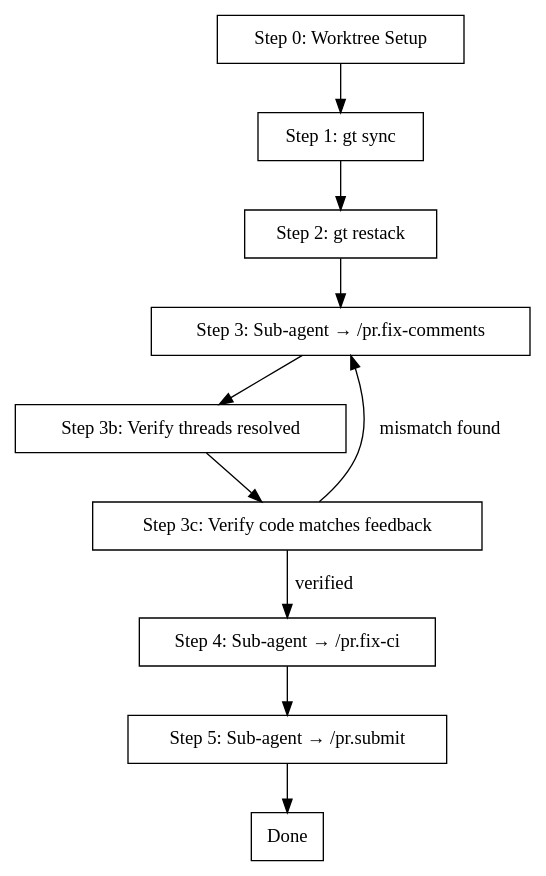
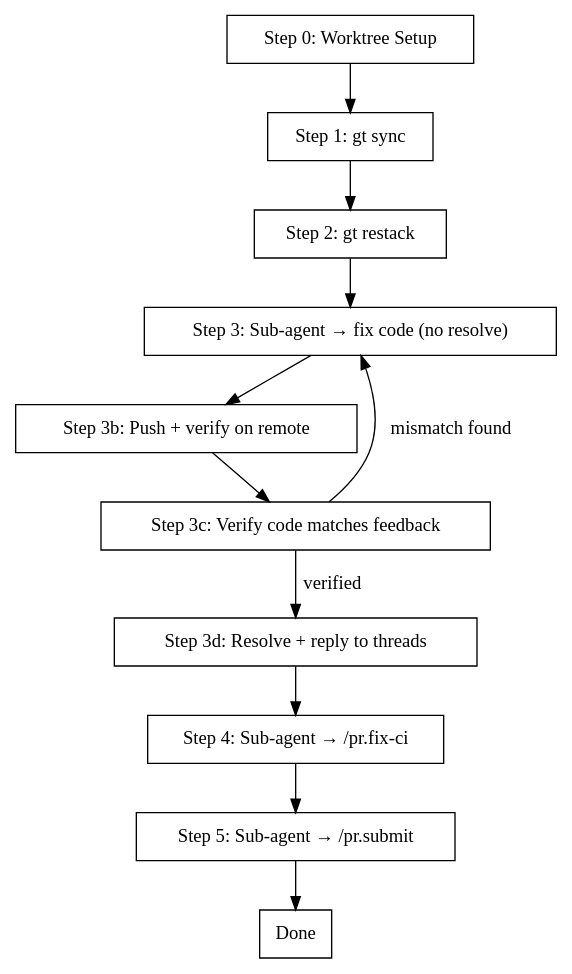
One commit to relh/metta changed the diagram in skills/pr.fix-branch/SKILL.md. Above: the diagram before and after it, drawn with Graphviz. The commit also changed other lines of this file and 2 other files, not shown here.

First line of the commit message:
feat(skills): verify push and code correctness before resolving PR comments (#6617)

````diff
--- a/skills/pr.fix-branch/SKILL.md
+++ b/skills/pr.fix-branch/SKILL.md
@@ -34,21 +34,22 @@
 ```dot
 digraph fix_branch {
   rankdir=TB;
   node [shape=box];
 
   worktree [label="Step 0: Worktree Setup"];
   sync [label="Step 1: gt sync"];
   restack [label="Step 2: gt restack"];
-  fix_comments [label="Step 3: Sub-agent → /pr.fix-comments"];
-  verify_threads [label="Step 3b: Verify threads resolved"];
+  fix_comments [label="Step 3: Sub-agent → fix code (no resolve)"];
+  push_verify [label="Step 3b: Push + verify on remote"];
   verify_code [label="Step 3c: Verify code matches feedback"];
+  resolve [label="Step 3d: Resolve + reply to threads"];
   fix_ci [label="Step 4: Sub-agent → /pr.fix-ci"];
-  push [label="Step 5: Sub-agent → /pr.submit"];
+  submit [label="Step 5: Sub-agent → /pr.submit"];
   done [label="Done"];
 
-  worktree -> sync -> restack -> fix_comments -> verify_threads -> verify_code;
-  verify_code -> fix_ci [label="verified"];
+  worktree -> sync -> restack -> fix_comments -> push_verify -> verify_code;
+  verify_code -> resolve [label="verified"];
   verify_code -> fix_comments [label="mismatch found"];
-  fix_ci -> push -> done;
+  resolve -> fix_ci -> submit -> done;
 }
 ```
````
